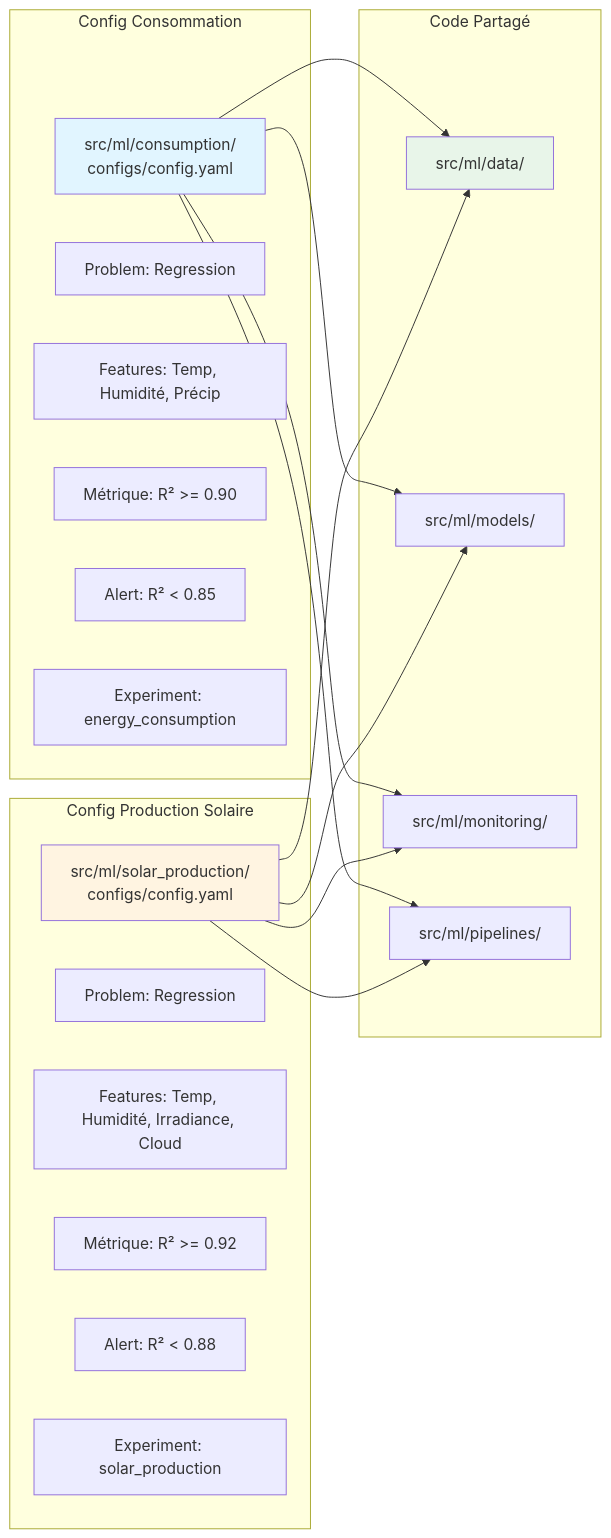
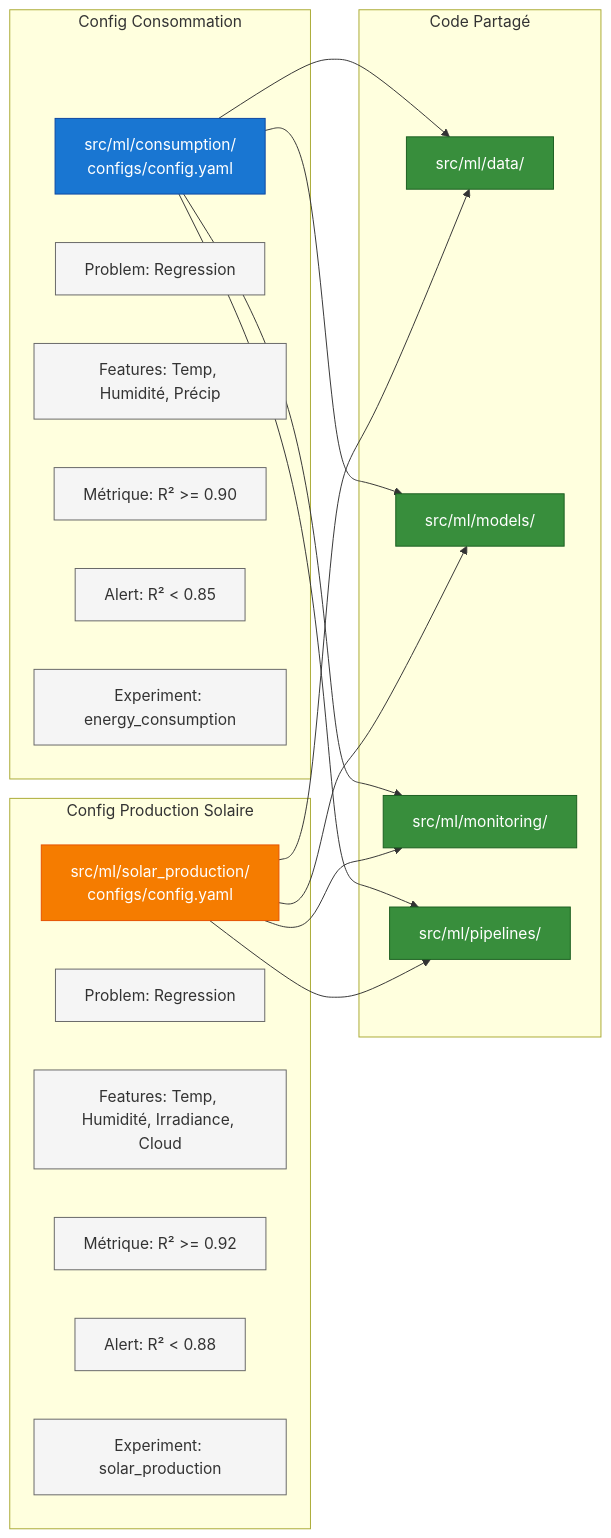
Diagram 18 of 21 in docs/ARCHITECTURE_MLOPS.md (jinsudai/jinsudai), drawn with Mermaid before and after one commit. The commit also changed other lines of this file and 9 other files, not shown here.

````diff
--- a/docs/ARCHITECTURE_MLOPS.md
+++ b/docs/ARCHITECTURE_MLOPS.md
@@ -646,40 +725,45 @@
 ```mermaid
 graph LR
+    classDef consumption fill:#1976D2,stroke:#0D47A1,color:#fff
+    classDef solar fill:#F57C00,stroke:#E65100,color:#fff
+    classDef shared fill:#388E3C,stroke:#1B5E20,color:#fff
+    classDef default fill:#f5f5f5,stroke:#666,color:#333
+
     subgraph "Config Consommation"
         C1[src/ml/consumption/<br/>configs/config.yaml]
         C2[Problem: Regression]
         C3[Features: Temp, Humidité, Précip]
         C4[Métrique: R² >= 0.90]
         C5[Alert: R² < 0.85]
         C6[Experiment: energy_consumption]
     end
-    
+
     subgraph "Config Production Solaire"
         S1[src/ml/solar_production/<br/>configs/config.yaml]
         S2[Problem: Regression]
         S3[Features: Temp, Humidité, Irradiance, Cloud]
         S4[Métrique: R² >= 0.92]
         S5[Alert: R² < 0.88]
         S6[Experiment: solar_production]
     end
-    
+
     subgraph "Code Partagé"
         SH1[src/ml/data/]
         SH2[src/ml/models/]
         SH3[src/ml/monitoring/]
         SH4[src/ml/pipelines/]
     end
-    
+
     C1 --> SH1
     S1 --> SH1
     C1 --> SH2
     S1 --> SH2
     C1 --> SH3
     S1 --> SH3
     C1 --> SH4
     S1 --> SH4
-    
-    style C1 fill:#e1f5ff
-    style S1 fill:#fff4e1
-    style SH1 fill:#e8f5e9
+
+    class C1 consumption
+    class S1 solar
+    class SH1,SH2,SH3,SH4 shared
 ```
````
